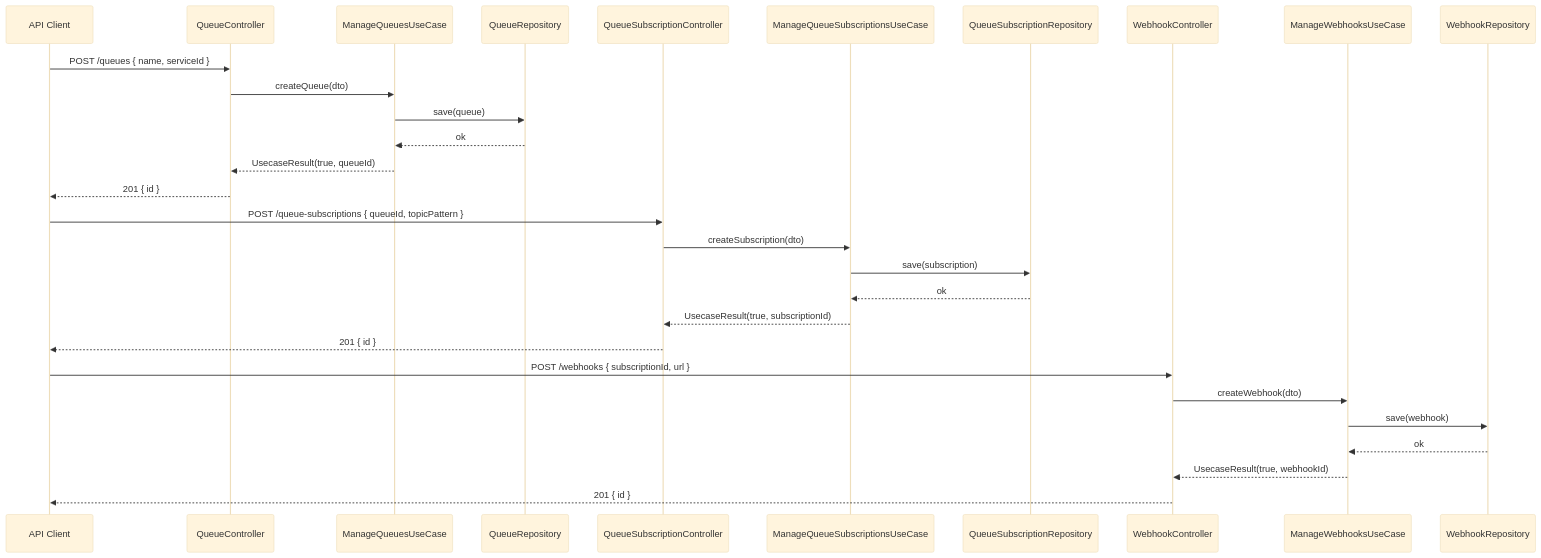
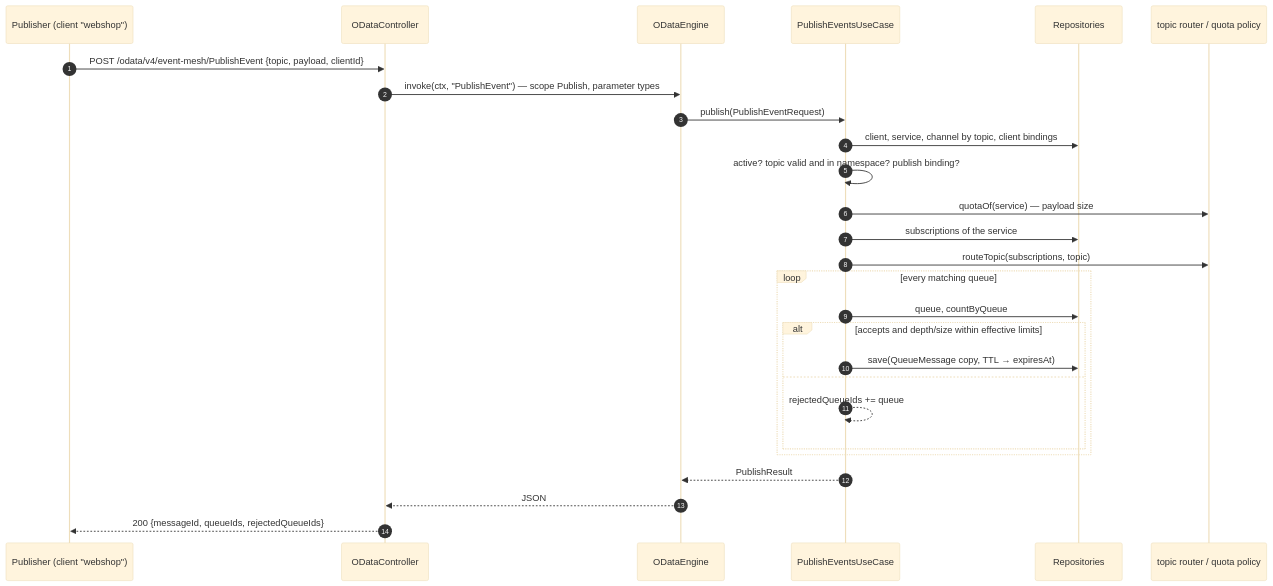
The seventh of 9 diagrams in events/UML.md (UIMSolutions/uim-platform), drawn with Mermaid (base theme) before and after one commit. The commit also changed other lines of this file and 57 other files, not shown here.

````diff
--- a/events/UML.md
+++ b/events/UML.md
@@ -269,36 +363,30 @@
 ```mermaid
 sequenceDiagram
-    participant Client as API Client
-    participant QC as QueueController
-    participant QUC as ManageQueuesUseCase
-    participant QR as QueueRepository
+  autonumber
+  participant App as Publisher (client "webshop")
+  participant OD as ODataController
+  participant EN as ODataEngine
+  participant PU as PublishEventsUseCase
+  participant R as Repositories
+  participant D as topic router / quota policy
 
-    participant SC as QueueSubscriptionController
-    participant SUC as ManageQueueSubscriptionsUseCase
-    participant SR as QueueSubscriptionRepository
-
-    participant WC as WebhookController
-    participant WUC as ManageWebhooksUseCase
-    participant WR as WebhookRepository
-
-    Client->>QC: POST /queues { name, serviceId }
-    QC->>QUC: createQueue(dto)
-    QUC->>QR: save(queue)
-    QR-->>QUC: ok
-    QUC-->>QC: UsecaseResult(true, queueId)
-    QC-->>Client: 201 { id }
-
-    Client->>SC: POST /queue-subscriptions { queueId, topicPattern }
-    SC->>SUC: createSubscription(dto)
-    SUC->>SR: save(subscription)
-    SR-->>SUC: ok
-    SUC-->>SC: UsecaseResult(true, subscriptionId)
-    SC-->>Client: 201 { id }
-
-    Client->>WC: POST /webhooks { subscriptionId, url }
-    WC->>WUC: createWebhook(dto)
-    WUC->>WR: save(webhook)
-    WR-->>WUC: ok
-    WUC-->>WC: UsecaseResult(true, webhookId)
-    WC-->>Client: 201 { id }
+  App->>OD: POST /odata/v4/event-mesh/PublishEvent {topic, payload, clientId}
+  OD->>EN: invoke(ctx, "PublishEvent") — scope Publish, parameter types
+  EN->>PU: publish(PublishEventRequest)
+  PU->>R: client, service, channel by topic, client bindings
+  PU->>PU: active? topic valid and in namespace? publish binding?
+  PU->>D: quotaOf(service) — payload size
+  PU->>R: subscriptions of the service
+  PU->>D: routeTopic(subscriptions, topic)
+  loop every matching queue
+    PU->>R: queue, countByQueue
+    alt accepts and depth/size within effective limits
+      PU->>R: save(QueueMessage copy, TTL → expiresAt)
+    else
+      PU-->>PU: rejectedQueueIds += queue
+    end
+  end
+  PU-->>EN: PublishResult
+  EN-->>OD: JSON
+  OD-->>App: 200 {messageId, queueIds, rejectedQueueIds}
 ```
````
